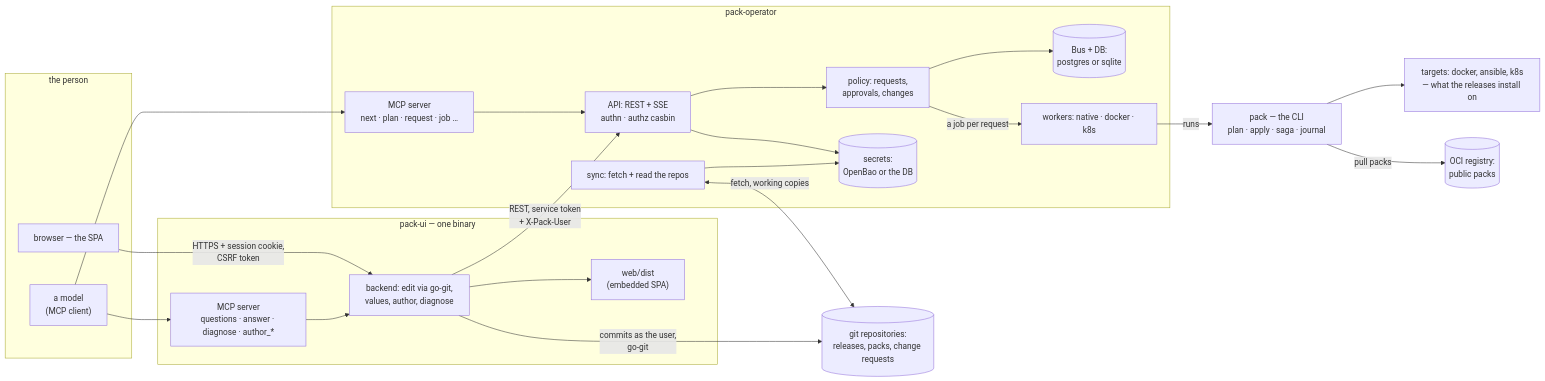
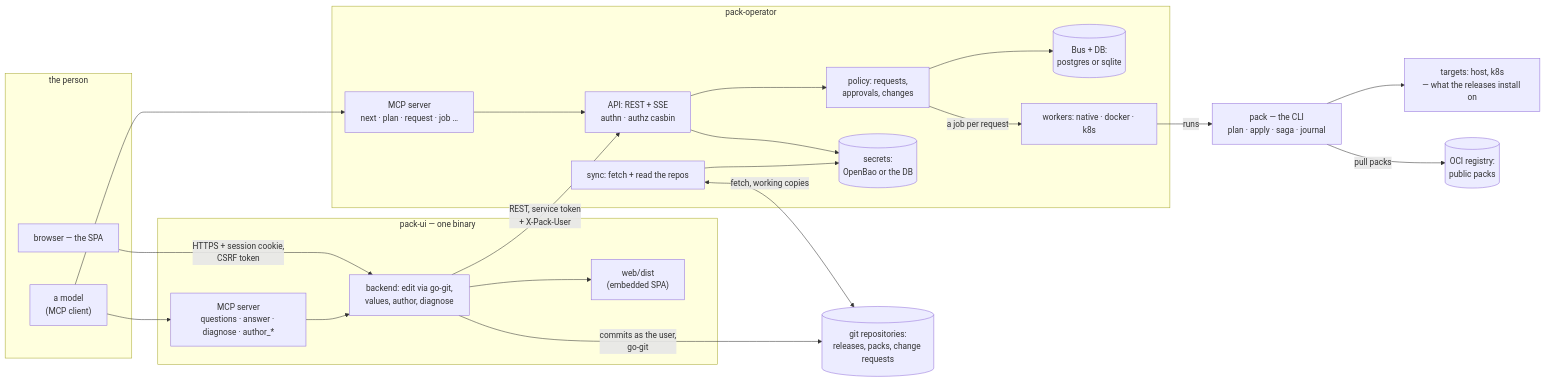
One commit to horchestra/pack changed the first of 3 diagrams in docs/architecture.md. Above: the diagram before and after it, drawn with Mermaid. The commit also changed 11 other files, not shown here.

````diff
--- a/docs/architecture.md
+++ b/docs/architecture.md
@@ -20,44 +20,44 @@
 ```mermaid
 flowchart LR
     subgraph person["the person"]
         browser["browser — the SPA"]
         model["a model<br/>(MCP client)"]
     end
 
     subgraph ui["pack-ui — one binary"]
         spa["web/dist<br/>(embedded SPA)"]
         backend["backend: edit via go-git,<br/>values, author, diagnose"]
         uimcp["MCP server<br/>questions · answer · diagnose · author_*"]
     end
 
     subgraph op["pack-operator"]
         api["API: REST + SSE<br/>authn · authz casbin"]
         syncer["sync: fetch + read the repos"]
         policy["policy: requests,<br/>approvals, changes"]
         bus[("Bus + DB:<br/>postgres or sqlite")]
         secrets[("secrets:<br/>OpenBao or the DB")]
         worker["workers: native · docker · k8s"]
         opmcp["MCP server<br/>next · plan · request · job …"]
     end
 
     packbin["pack — the CLI<br/>plan · apply · saga · journal"]
     git[("git repositories:<br/>releases, packs, change requests")]
-    targets["targets: docker, ansible, k8s<br/>— what the releases install on"]
+    targets["targets: host, k8s<br/>— what the releases install on"]
     registry[("OCI registry:<br/>public packs")]
 
     browser -->|"HTTPS + session cookie,<br/>CSRF token"| backend
     backend --> spa
     backend -->|"commits as the user,<br/>go-git"| git
     backend -->|"REST, service token<br/>+ X-Pack-User"| api
     model --> uimcp --> backend
     model --> opmcp --> api
 
     syncer <-->|"fetch, working copies"| git
     api --> policy --> bus
     policy -->|"a job per request"| worker
     worker -->|"runs"| packbin
     packbin --> targets
     packbin -->|"pull packs"| registry
     api --> secrets
     syncer --> secrets
 ```
````
